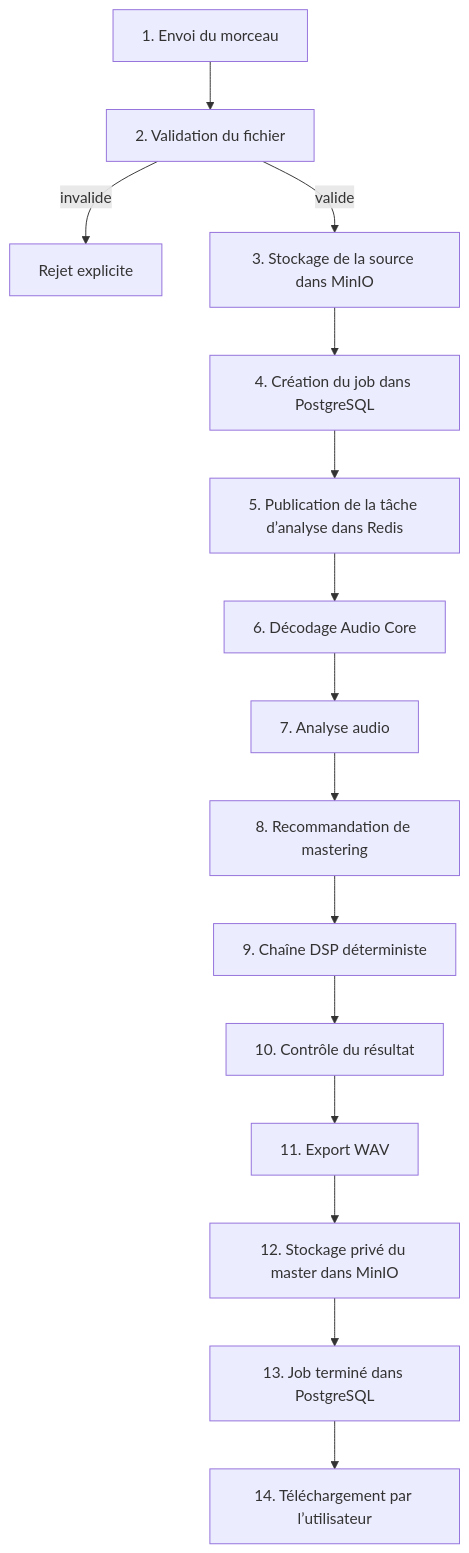
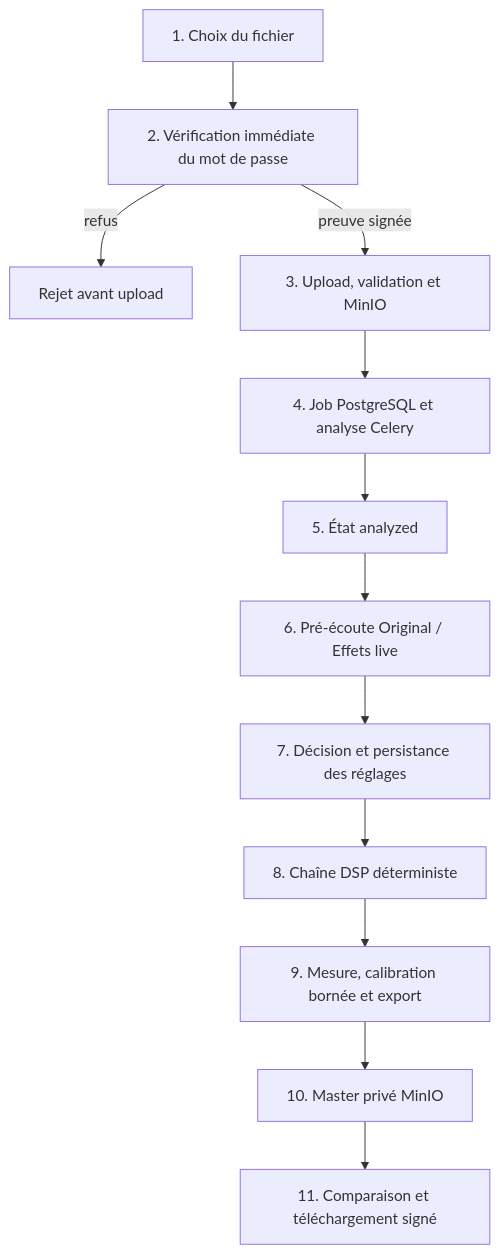
The second of 2 diagrams in docs/PROJECT_FLOW.fr.md (lucaslamy/OpenMaster), drawn with Mermaid before and after one commit. The commit also changed other lines of this file and 19 other files, not shown here.

````diff
--- a/docs/PROJECT_FLOW.fr.md
+++ b/docs/PROJECT_FLOW.fr.md
@@ -63,17 +68,14 @@
 ```mermaid
 flowchart TD
-    A[1. Envoi du morceau] --> B[2. Validation du fichier]
-    B -->|invalide| X[Rejet explicite]
-    B -->|valide| C[3. Stockage de la source dans MinIO]
-    C --> D[4. Création du job dans PostgreSQL]
-    D --> E[5. Publication de la tâche d’analyse dans Redis]
-    E --> F[6. Décodage Audio Core]
-    F --> G[7. Analyse audio]
-    G --> H[8. Recommandation de mastering]
-    H --> I[9. Chaîne DSP déterministe]
-    I --> J[10. Contrôle du résultat]
-    J --> K[11. Export WAV]
-    K --> L[12. Stockage privé du master dans MinIO]
-    L --> M[13. Job terminé dans PostgreSQL]
-    M --> N[14. Téléchargement par l’utilisateur]
+    A[1. Choix du fichier] --> B[2. Vérification immédiate du mot de passe]
+    B -->|refus| X[Rejet avant upload]
+    B -->|preuve signée| C[3. Upload, validation et MinIO]
+    C --> D[4. Job PostgreSQL et analyse Celery]
+    D --> E[5. État analyzed]
+    E --> F[6. Pré-écoute Original / Effets live]
+    F --> G[7. Décision et persistance des réglages]
+    G --> H[8. Chaîne DSP déterministe]
+    H --> I[9. Mesure, calibration bornée et export]
+    I --> J[10. Master privé MinIO]
+    J --> K[11. Comparaison et téléchargement signé]
 ```
````
